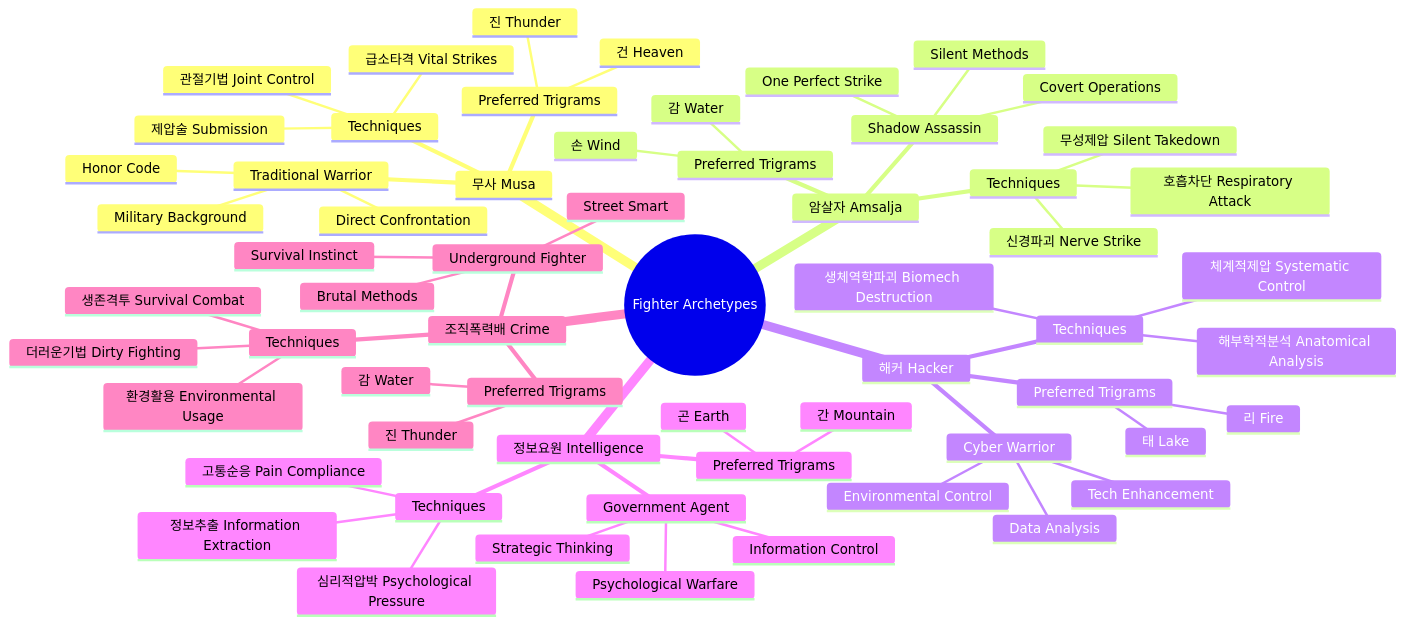
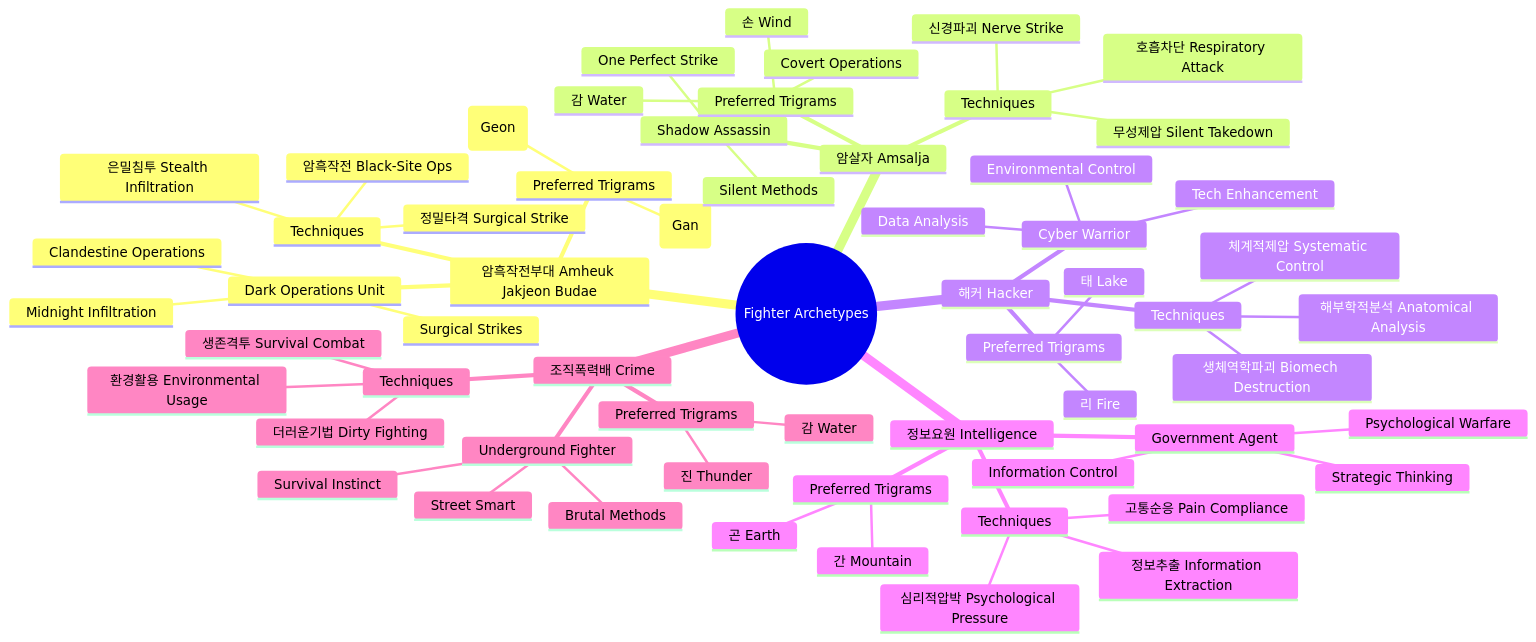
One commit to Hack23/blacktrigram changed the second of 8 diagrams in MINDMAP.md. Above: the diagram before and after it, drawn with Mermaid. The commit also changed 4 other files, not shown here.

Commit message:
Update architecture and design documentation for Dark Operations Unit

````diff
--- a/MINDMAP.md
+++ b/MINDMAP.md
@@ -56,64 +56,64 @@
 ```mermaid
 mindmap
   root((Fighter Archetypes))
-    무사 Musa
-      Traditional Warrior
-        Military Background
-        Honor Code
-        Direct Confrontation
+    암흑작전부대 Amheuk Jakjeon Budae
+      Dark Operations Unit
+        Clandestine Operations
+        Midnight Infiltration
+        Surgical Strikes
       Preferred Trigrams
-        건 Heaven
-        진 Thunder
+        건 Heaven (Geon)
+        간 Mountain (Gan)
       Techniques
-        관절기법 Joint Control
-        급소타격 Vital Strikes
-        제압술 Submission
+        은밀침투 Stealth Infiltration
+        정밀타격 Surgical Strike
+        암흑작전 Black-Site Ops
     암살자 Amsalja
       Shadow Assassin
         Covert Operations
         Silent Methods
         One Perfect Strike
       Preferred Trigrams
         손 Wind
         감 Water
       Techniques
         무성제압 Silent Takedown
         신경파괴 Nerve Strike
         호흡차단 Respiratory Attack
     해커 Hacker
       Cyber Warrior
         Tech Enhancement
         Data Analysis
         Environmental Control
       Preferred Trigrams
         리 Fire
         태 Lake
       Techniques
         해부학적분석 Anatomical Analysis
         생체역학파괴 Biomech Destruction
         체계적제압 Systematic Control
     정보요원 Intelligence
       Government Agent
         Psychological Warfare
         Strategic Thinking
         Information Control
       Preferred Trigrams
         간 Mountain
         곤 Earth
       Techniques
         고통순응 Pain Compliance
         심리적압박 Psychological Pressure
         정보추출 Information Extraction
     조직폭력배 Crime
       Underground Fighter
         Street Smart
         Brutal Methods
         Survival Instinct
       Preferred Trigrams
         진 Thunder
         감 Water
       Techniques
         환경활용 Environmental Usage
         더러운기법 Dirty Fighting
         생존격투 Survival Combat
 ```
````
